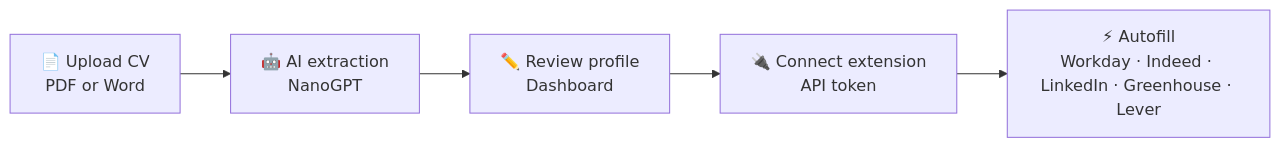
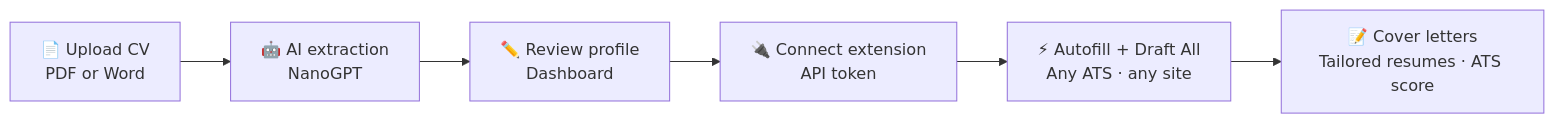
Before and after one commit to tmwclaxton/autoapplycv: the first of 3 diagrams in README.md, drawn with Mermaid. The commit also changed other lines of this file, not shown here.

````diff
--- a/README.md
+++ b/README.md
@@ -36,7 +38,8 @@
 ```mermaid
 flowchart LR
     A["📄 Upload CV<br/>PDF or Word"] --> B["🤖 AI extraction<br/>NanoGPT"]
     B --> C["✏️ Review profile<br/>Dashboard"]
     C --> D["🔌 Connect extension<br/>API token"]
-    D --> E["⚡ Autofill<br/>Workday · Indeed · LinkedIn · Greenhouse · Lever"]
+    D --> E["⚡ Autofill + Draft All<br/>Any ATS · any site"]
+    E --> F["📝 Cover letters<br/>Tailored resumes · ATS score"]
 ```
````
